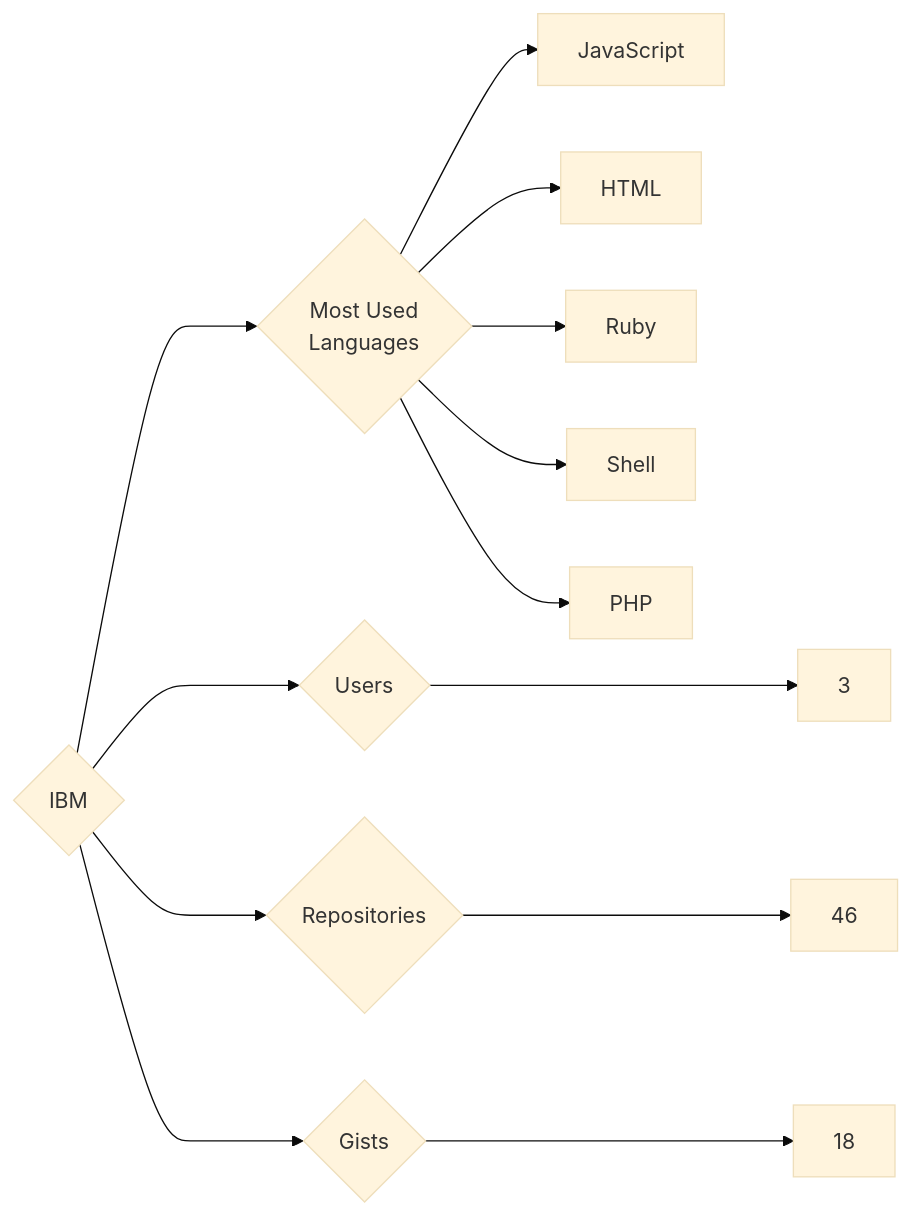
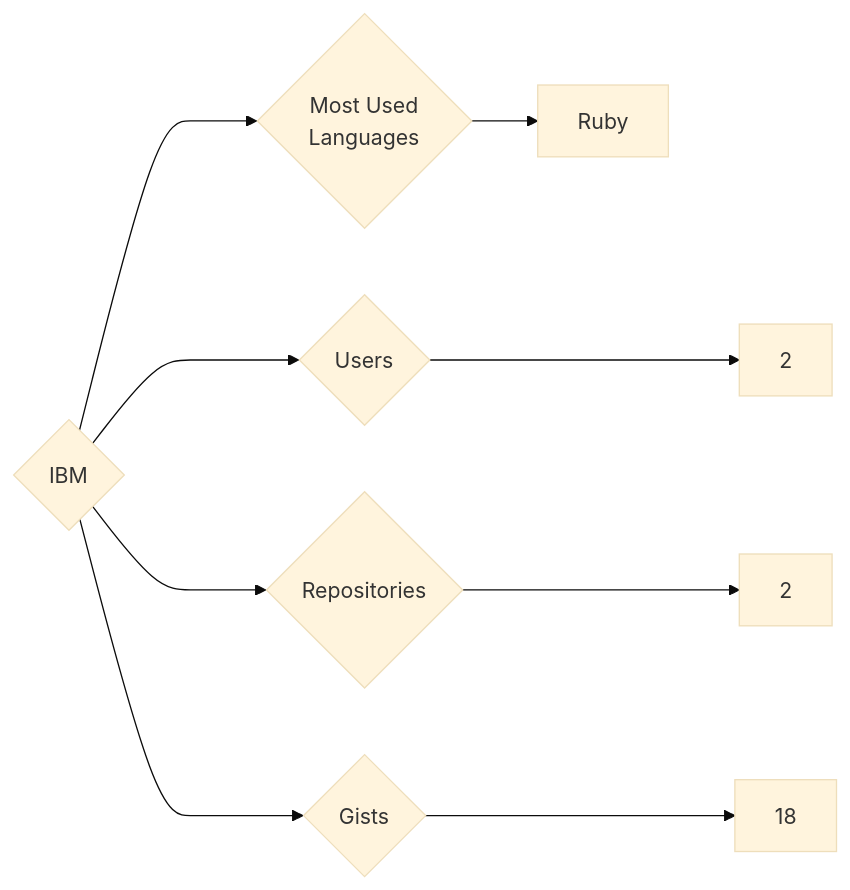
Before and after one commit to trickest/insiders: the diagram in targets/IBM/README.md, drawn with Mermaid (base theme). The commit also changed 933 other files, not shown here.

````diff
--- a/targets/IBM/README.md
+++ b/targets/IBM/README.md
@@ -3,13 +3,9 @@
 ```mermaid
 graph LR
 COMPANY_NAME{IBM}
-COMPANY_NAME ---> U{Users} ---> UN[3]
-COMPANY_NAME ---> R{Repositories} ---> RN[46]
+COMPANY_NAME ---> U{Users} ---> UN[2]
+COMPANY_NAME ---> R{Repositories} ---> RN[2]
 COMPANY_NAME ---> G{Gists} ---> GN[18]
 COMPANY_NAME ---> ML{Most Used<br>Languages}
-ML --> JavaScript[JavaScript]
-ML --> HTML[HTML]
 ML --> Ruby[Ruby]
-ML --> Shell[Shell]
-ML --> PHP[PHP]
 ```
````
